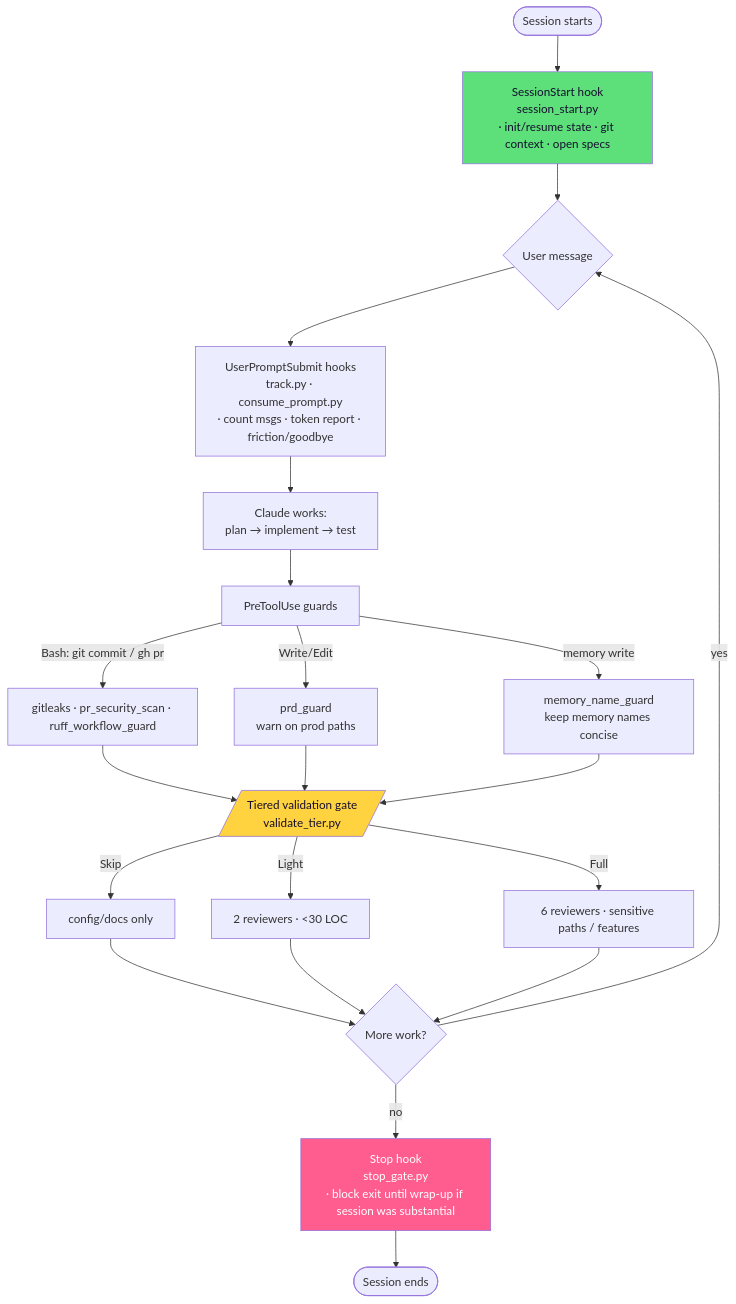
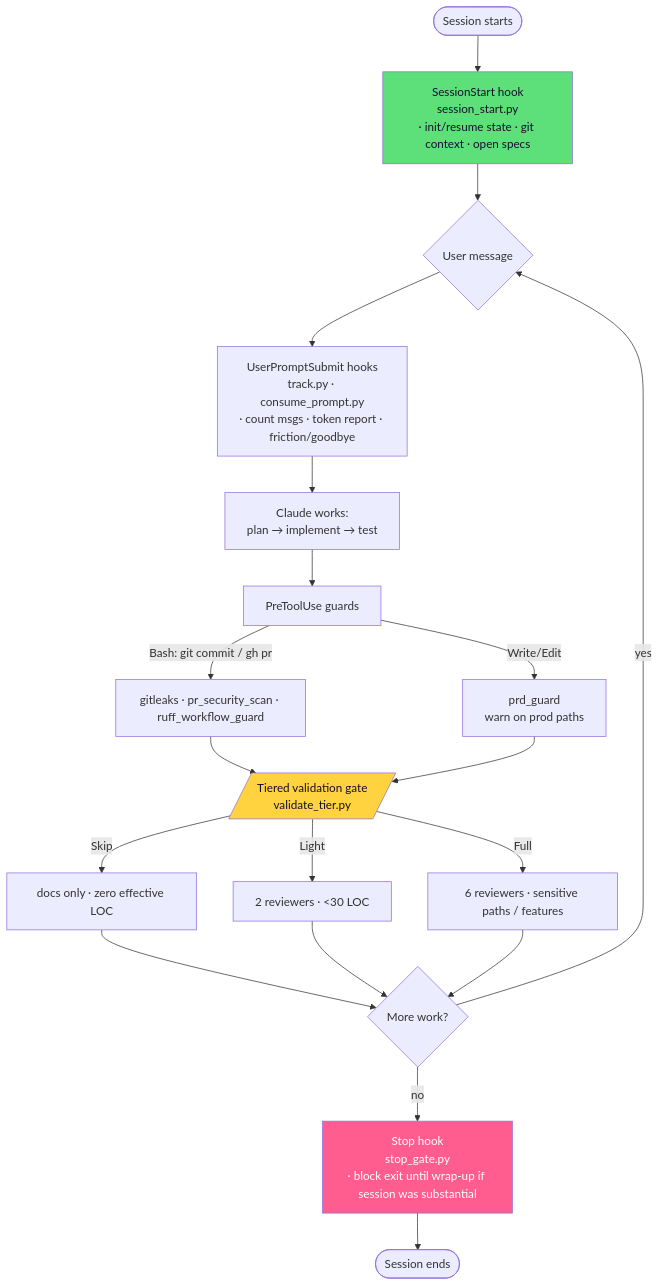
Before and after one commit to effecet/claude-craft-kit: the diagram in README.md, drawn with Mermaid. The commit also changed other lines of this file and 33 other files, not shown here.

````diff
--- a/README.md
+++ b/README.md
@@ -25,23 +25,22 @@
 ```mermaid
 flowchart TD
     A([Session starts]) --> B[SessionStart hook<br/>session_start.py<br/>· init/resume state · git context · open specs]
     B --> C{User message}
     C --> D[UserPromptSubmit hooks<br/>track.py · consume_prompt.py<br/>· count msgs · token report · friction/goodbye]
     D --> E[Claude works:<br/>plan → implement → test]
     E --> F[PreToolUse guards]
     F -->|Bash: git commit / gh pr| G[gitleaks · pr_security_scan · ruff_workflow_guard]
     F -->|Write/Edit| H[prd_guard<br/>warn on prod paths]
-    F -->|memory write| I[memory_name_guard<br/>keep memory names concise]
-    G & H & I --> J[/Tiered validation gate<br/>validate_tier.py/]
-    J -->|Skip| K[config/docs only]
+    G & H --> J[/Tiered validation gate<br/>validate_tier.py/]
+    J -->|Skip| K[docs only · zero effective LOC]
     J -->|Light| L[2 reviewers · <30 LOC]
     J -->|Full| M[6 reviewers · sensitive paths / features]
     K & L & M --> N{More work?}
     N -->|yes| C
     N -->|no| O[Stop hook<br/>stop_gate.py<br/>· block exit until wrap-up if session was substantial]
     O --> P([Session ends])
 
     style J fill:#ffd23f,color:#150f2e
     style O fill:#ff5d8f,color:#fff
     style B fill:#5ddf7a,color:#150f2e
 ```
````
